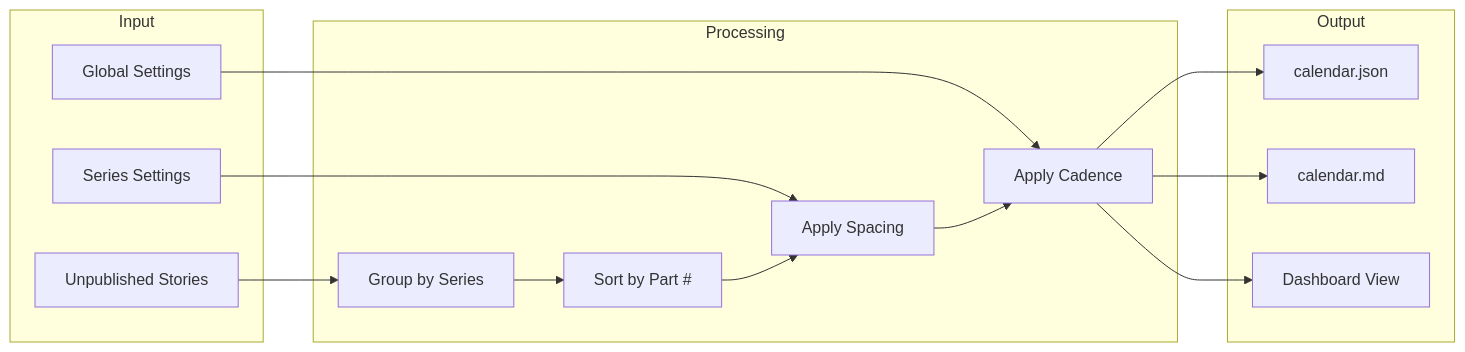
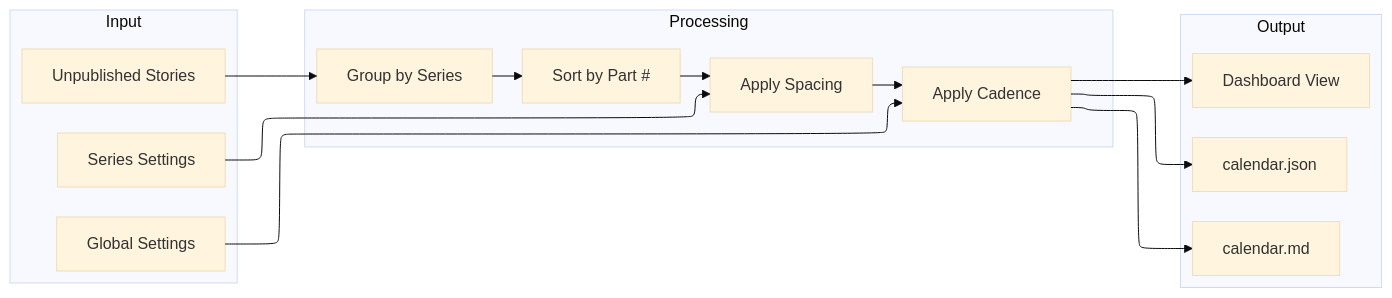
Before and after one commit to mvineetsharma79/Medium-Story-Manger: the tenth of 11 diagrams in README.md, drawn with Mermaid. The commit also changed other lines of this file and 13 other files, not shown here.

````diff
--- a/README.md
+++ b/README.md
@@ -611,31 +656,36 @@
 ```mermaid
+---
+config:
+  theme: base
+  layout: elk
+---
 flowchart LR
     subgraph "Input"
         A[Unpublished Stories]
         B[Series Settings]
         C[Global Settings]
     end
     
     subgraph "Processing"
         D[Group by Series]
         E[Sort by Part #]
         F[Apply Spacing]
         G[Apply Cadence]
     end
     
     subgraph "Output"
         H[calendar.json]
         I[calendar.md]
         J[Dashboard View]
     end
     
     A --> D
     B --> F
     C --> G
     D --> E
     E --> F
     F --> G
     G --> H
     G --> I
     G --> J
 ```
````
